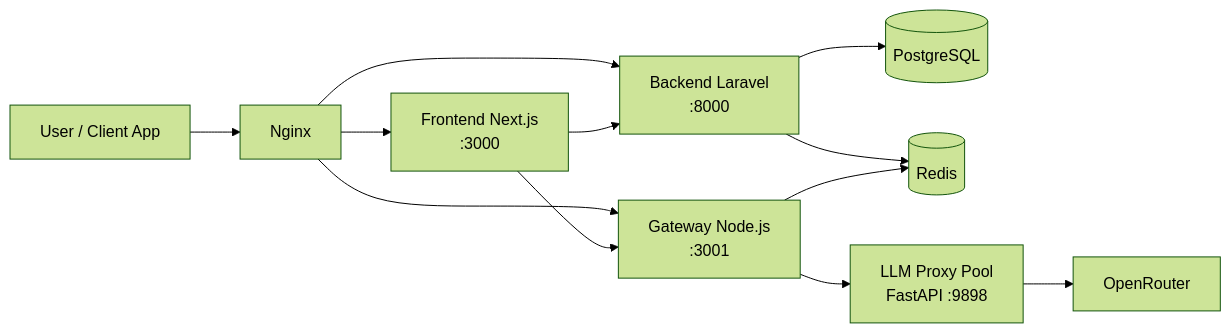
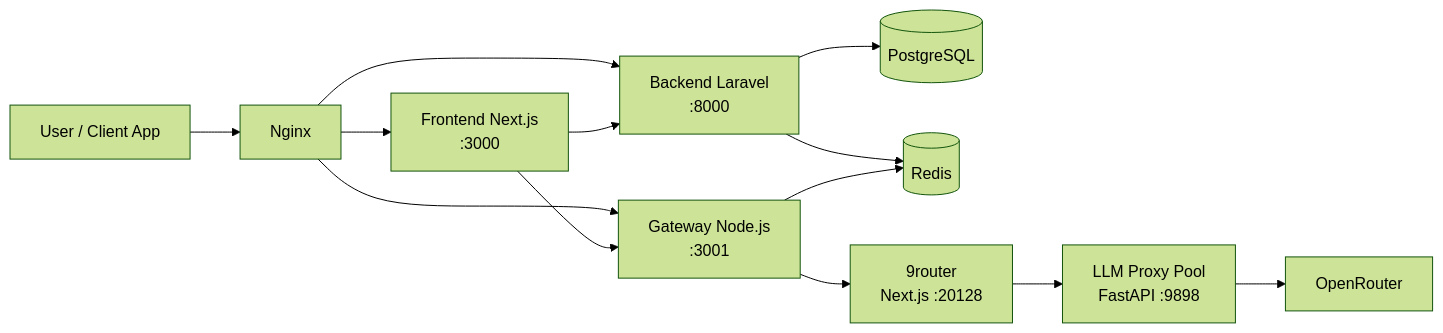
The first of 2 diagrams in README.md (radacore/llmore), drawn with Mermaid (forest theme) before and after one commit. The commit also changed other lines of this file and 4 other files, not shown here.

First line of the commit message:
feat(infra): tambah 9router sebagai router pool antara gateway dan llm-proxy

````diff
--- a/README.md
+++ b/README.md
@@ -42,15 +42,16 @@
 ```mermaid
 flowchart LR
     U[User / Client App] --> N[Nginx]
     N --> F[Frontend Next.js<br/>:3000]
     N --> B[Backend Laravel<br/>:8000]
     N --> G[Gateway Node.js<br/>:3001]
 
     F --> B
     F --> G
     B --> P[(PostgreSQL)]
     B --> R[(Redis)]
     G --> R
-    G --> L[LLM Proxy Pool<br/>FastAPI :9898]
+    G --> X[9router<br/>Next.js :20128]
+    X --> L[LLM Proxy Pool<br/>FastAPI :9898]
     L --> O[OpenRouter]
 ```
````
